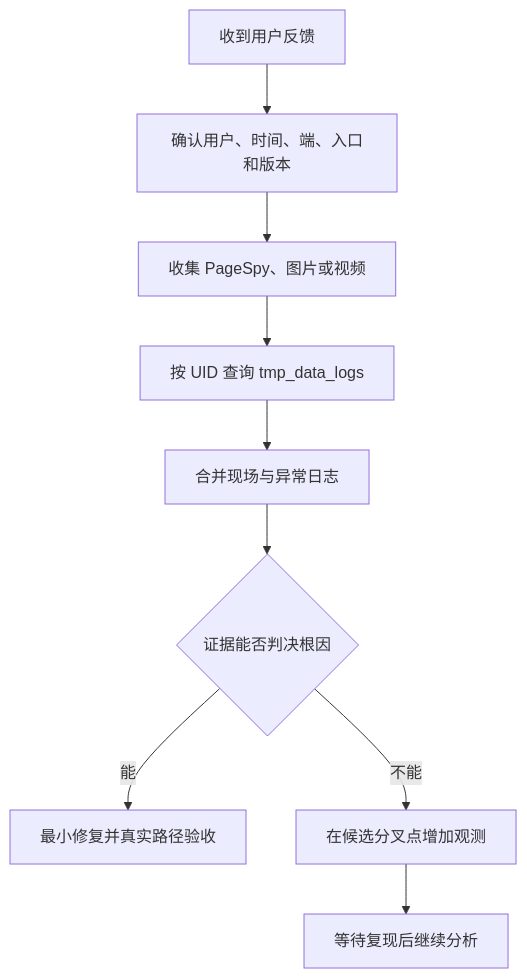
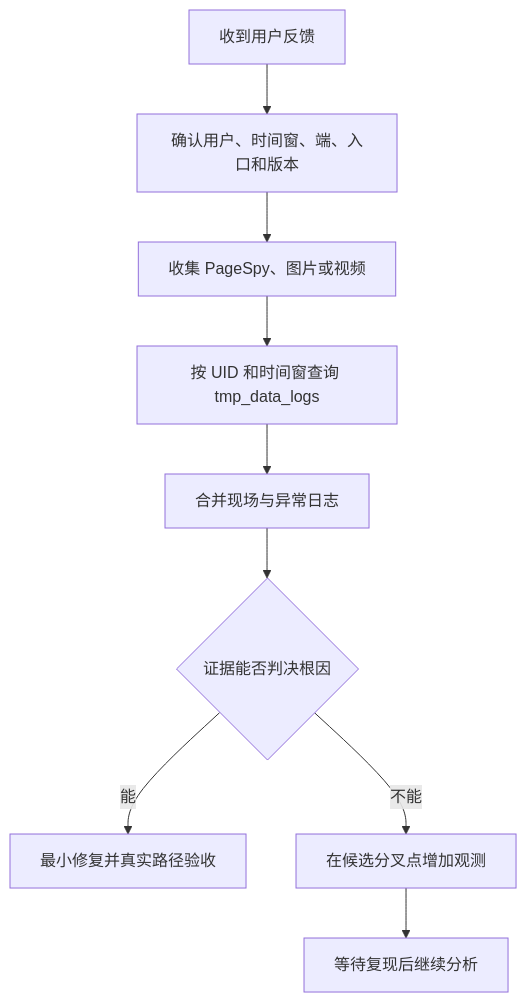
One commit to Charbo23/legacy changed the diagram in docs/ehafo-frontend/troubleshooting.md. Above: the diagram before and after it, drawn with Mermaid. The commit also changed other lines of this file and 10 other files, not shown here.

````diff
--- a/docs/ehafo-frontend/troubleshooting.md
+++ b/docs/ehafo-frontend/troubleshooting.md
@@ -7,11 +7,11 @@
 ```mermaid
 flowchart TD
-    A[收到用户反馈] --> B[确认用户、时间、端、入口和版本]
+    A[收到用户反馈] --> B[确认用户、时间窗、端、入口和版本]
     B --> C[收集 PageSpy、图片或视频]
-    C --> D[按 UID 查询 tmp_data_logs]
+    C --> D[按 UID 和时间窗查询 tmp_data_logs]
     D --> E[合并现场与异常日志]
     E --> F{证据能否判决根因}
     F -->|能| G[最小修复并真实路径验收]
     F -->|不能| H[在候选分叉点增加观测]
     H --> I[等待复现后继续分析]
 ```
````
